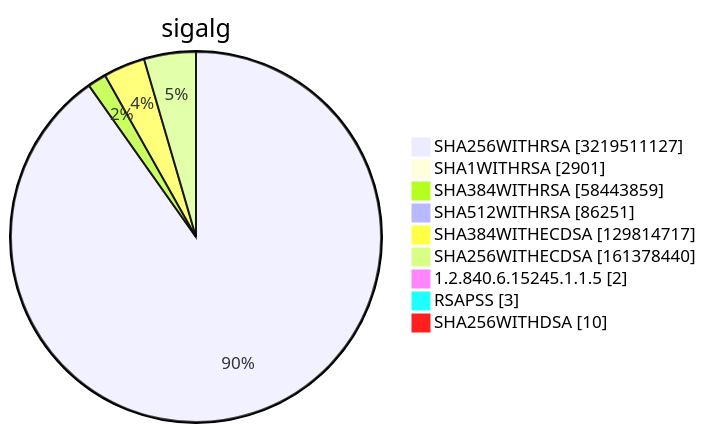
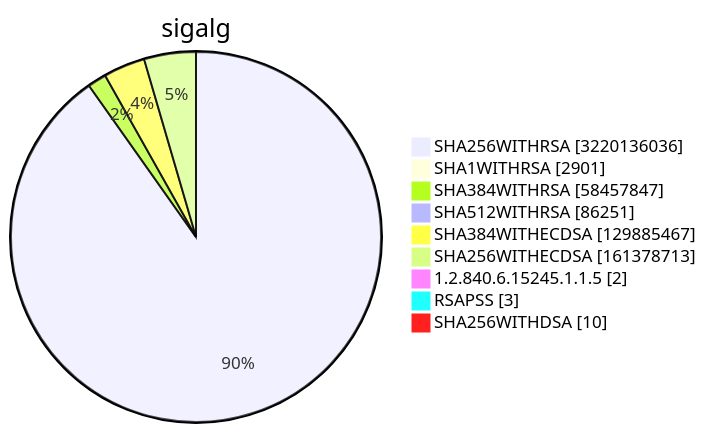
Diagram 15 of 15 in TOTAL/README.md (christiankrug/ctmonitor_visualization), drawn with Mermaid before and after one commit. The commit also changed other lines of this file, not shown here.

````diff
--- a/TOTAL/README.md
+++ b/TOTAL/README.md
@@ -6217,13 +6217,13 @@
 ```mermaid
 pie showData
 title sigalg
-"SHA256WITHRSA" :3219511127
+"SHA256WITHRSA" :3220136036
 "SHA1WITHRSA" :2901
-"SHA384WITHRSA" :58443859
+"SHA384WITHRSA" :58457847
 "SHA512WITHRSA" :86251
-"SHA384WITHECDSA" :129814717
-"SHA256WITHECDSA" :161378440
+"SHA384WITHECDSA" :129885467
+"SHA256WITHECDSA" :161378713
 "1.2.840.6.15245.1.1.5" :2
 "RSAPSS" :3
 "SHA256WITHDSA" :10
 ```
````
